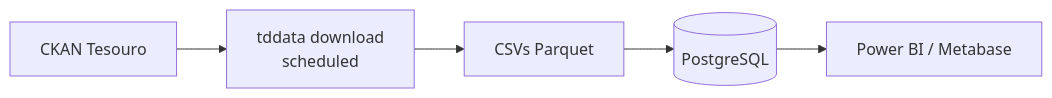
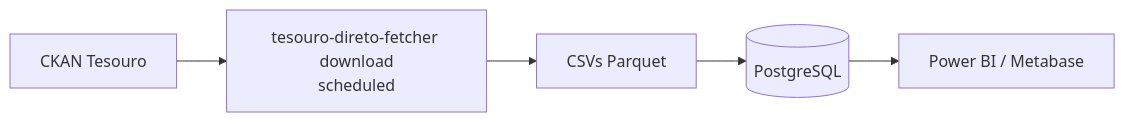
The second of 2 diagrams in docs/tesouro/index.md (Quantilica/docs), drawn with Mermaid before and after one commit. The commit also changed other lines of this file and 10 other files, not shown here.

First line of the commit message:
docs: rename tddata → tesouro-direto-fetcher throughout

````diff
--- a/docs/tesouro/index.md
+++ b/docs/tesouro/index.md
@@ -37,7 +37,7 @@
 ```mermaid
 graph LR
-    A[CKAN Tesouro] --> B[tddata download<br/>scheduled]
+    A[CKAN Tesouro] --> B[tesouro-direto-fetcher download<br/>scheduled]
     B --> C[CSVs Parquet]
     C --> D[(PostgreSQL)]
     D --> E[Power BI / Metabase]
 ```
````
